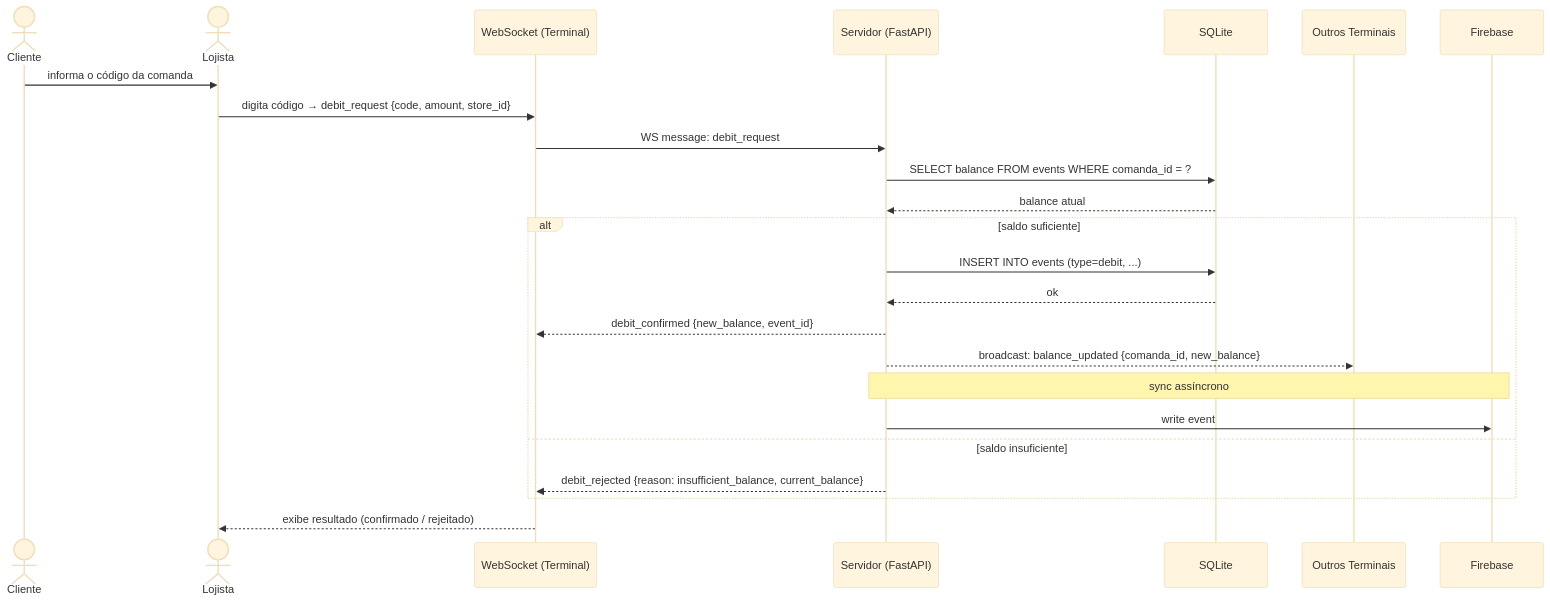
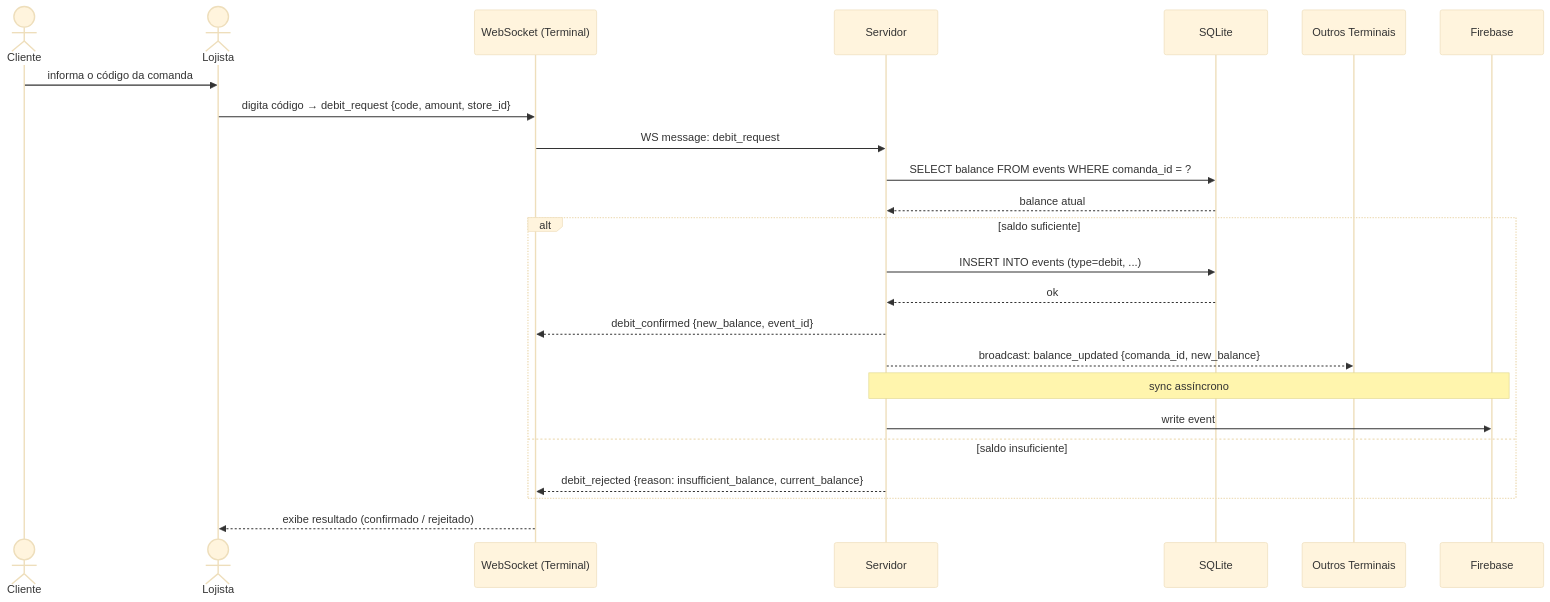
Before and after one commit to fiorionrails/feira-da-troca: the second of 5 diagrams in docs/diagrams/sequence.md, drawn with Mermaid (base theme). The commit also changed other lines of this file and 5 other files, not shown here.

````diff
--- a/docs/diagrams/sequence.md
+++ b/docs/diagrams/sequence.md
@@ -42,32 +42,32 @@
 ```mermaid
 sequenceDiagram
     actor Cliente
     actor Lojista
     participant WS as WebSocket (Terminal)
-    participant API as Servidor (FastAPI)
+    participant API as Servidor
     participant DB as SQLite
     participant Outros as Outros Terminais
     participant FB as Firebase
 
     Cliente->>Lojista: informa o código da comanda
     Lojista->>WS: digita código → debit_request {code, amount, store_id}
     
     WS->>API: WS message: debit_request
     
     API->>DB: SELECT balance FROM events WHERE comanda_id = ?
     DB-->>API: balance atual
     
     alt saldo suficiente
         API->>DB: INSERT INTO events (type=debit, ...)
         DB-->>API: ok
         API-->>WS: debit_confirmed {new_balance, event_id}
         API-->>Outros: broadcast: balance_updated {comanda_id, new_balance}
         
         Note over API,FB: sync assíncrono
         API->>FB: write event
     else saldo insuficiente
         API-->>WS: debit_rejected {reason: insufficient_balance, current_balance}
     end
     
     WS-->>Lojista: exibe resultado (confirmado / rejeitado)
 ```
````
